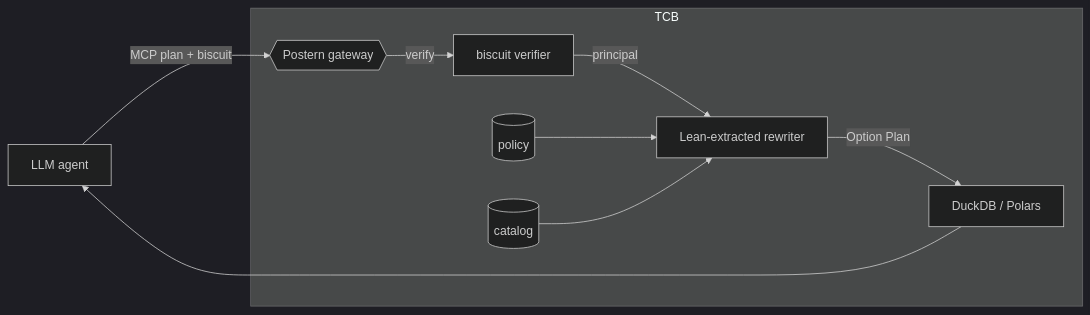
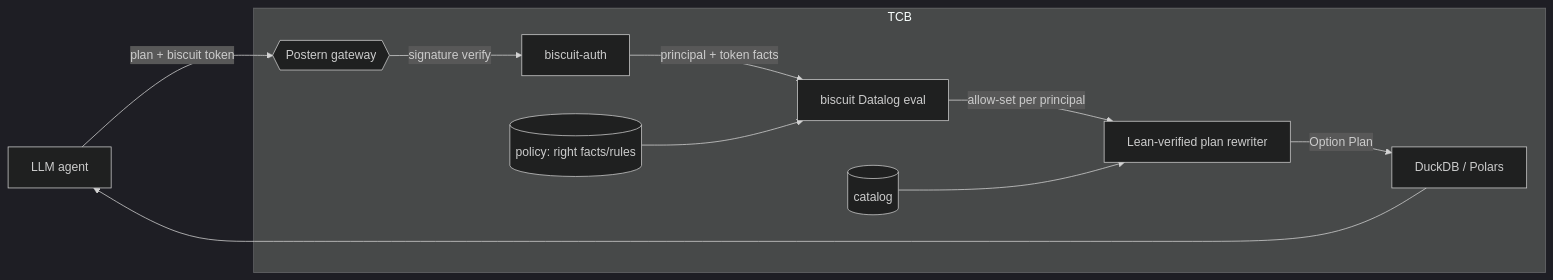
One commit to debuggingfuture/secure-program-synthesis changed the diagram in paper/figures/architecture.mmd. Above: the diagram before and after it, drawn with Mermaid (dark theme). The commit also changed 7 other files, not shown here.

First line of the commit message:
fix(figure): rename "biscuit verifier" → biscuit-auth + explicit Datalog eval step

```diff
--- a/paper/figures/architecture.mmd
+++ b/paper/figures/architecture.mmd
@@ -1,10 +1,11 @@
 flowchart LR
-  agent[LLM agent] -->|MCP plan + biscuit| gw{{Postern gateway}}
+  agent[LLM agent] -->|plan + biscuit token| gw{{Postern gateway}}
   subgraph TCB
-    gw -->|verify| bc[biscuit verifier]
-    bc -->|principal| rw[Lean-extracted rewriter]
-    pol[(policy)] --> rw
+    gw -->|signature verify| bc[biscuit-auth]
+    bc -->|principal + token facts| ev[biscuit Datalog eval]
+    pol[(policy: right facts/rules)] --> ev
+    ev -->|allow-set per principal| rw[Lean-verified plan rewriter]
     cat[(catalog)] --> rw
     rw -->|Option Plan| exe[DuckDB / Polars]
   end
   exe --> agent
```
